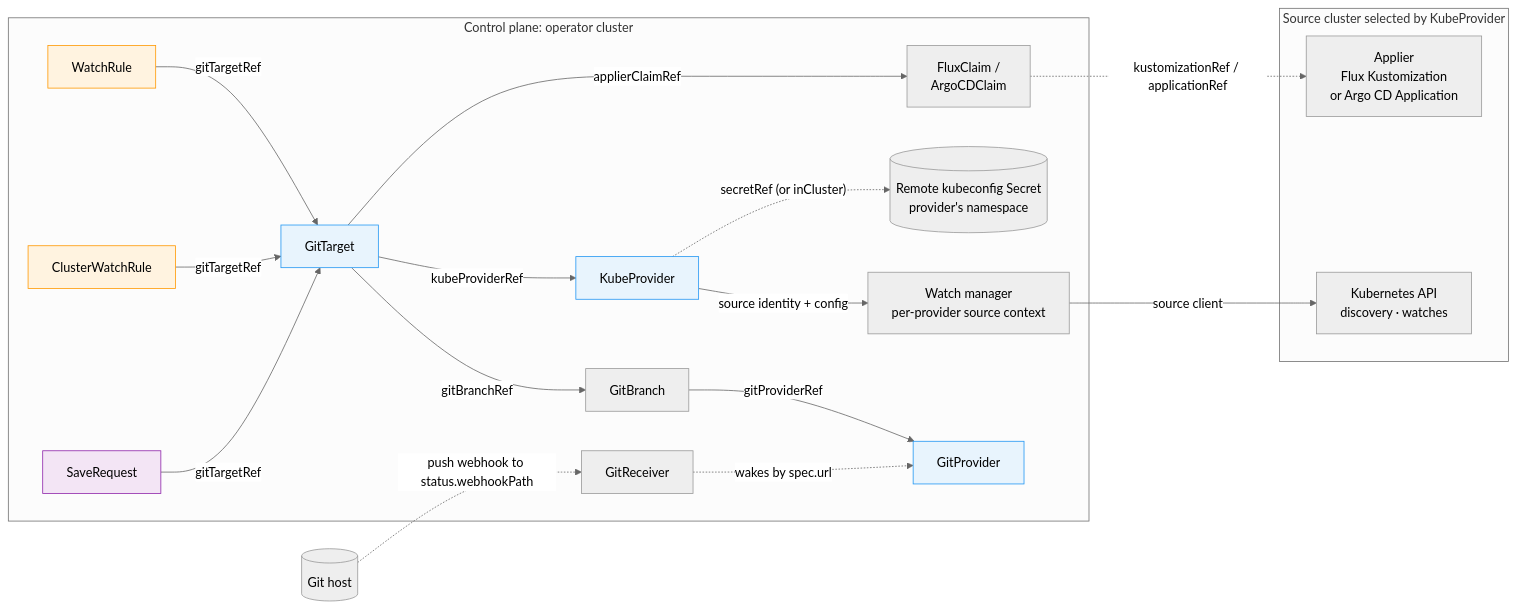
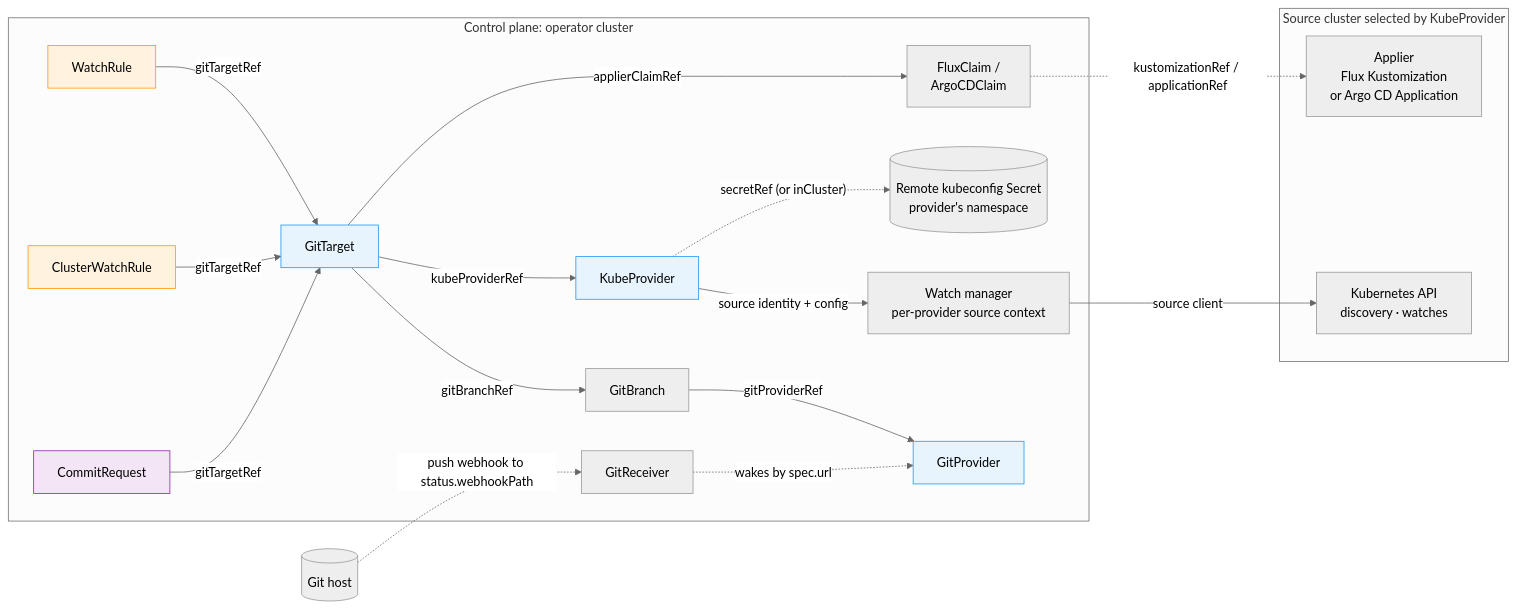
The first of 6 diagrams in docs/architecture.md (ConfigButler/gitops-reverser), drawn with Mermaid (neutral theme) before and after one commit. The commit also changed other lines of this file and 160 other files, not shown here.

First line of the commit message:
refactor(api): CommitRequest is CommitRequest again

````diff
--- a/docs/architecture.md
+++ b/docs/architecture.md
@@ -302,35 +302,35 @@
 ```mermaid
 graph LR
     subgraph CONTROL["Control plane: operator cluster"]
         WR[WatchRule] -->|gitTargetRef| GT[GitTarget]
         CWR[ClusterWatchRule] -->|gitTargetRef| GT
-        CR[SaveRequest] -->|gitTargetRef| GT
+        CR[CommitRequest] -->|gitTargetRef| GT
         GT -->|applierClaimRef| TR["FluxClaim /\nArgoCDClaim"]
         GT -->|kubeProviderRef| CP[KubeProvider]
         GT -->|gitBranchRef| GB[GitBranch]
         GB -->|gitProviderRef| GP[GitProvider]
         GR[GitReceiver] -.->|"wakes by spec.url"| GP
         KCFG[("Remote kubeconfig Secret\nprovider's namespace")]
         WM["Watch manager\nper-provider source context"]
     end
 
     subgraph SOURCE["Source cluster selected by KubeProvider"]
         API["Kubernetes API\ndiscovery · watches"]
         APPLIER["Applier\nFlux Kustomization\nor Argo CD Application"]
     end
 
     HOST[("Git host")]
 
     CP -. "secretRef (or inCluster)" .-> KCFG
     CP -->|"source identity + config"| WM
     WM -->|"source client"| API
     TR -. "kustomizationRef / applicationRef" .-> APPLIER
     HOST -. "push webhook to status.webhookPath" .-> GR
 
     style GP fill:#e8f4fd,stroke:#2196f3
     style CP fill:#e8f4fd,stroke:#2196f3
     style GT fill:#e8f4fd,stroke:#2196f3
     style WR fill:#fff3e0,stroke:#ff9800
     style CWR fill:#fff3e0,stroke:#ff9800
     style CR fill:#f3e5f5,stroke:#8e24aa
 ```
````
